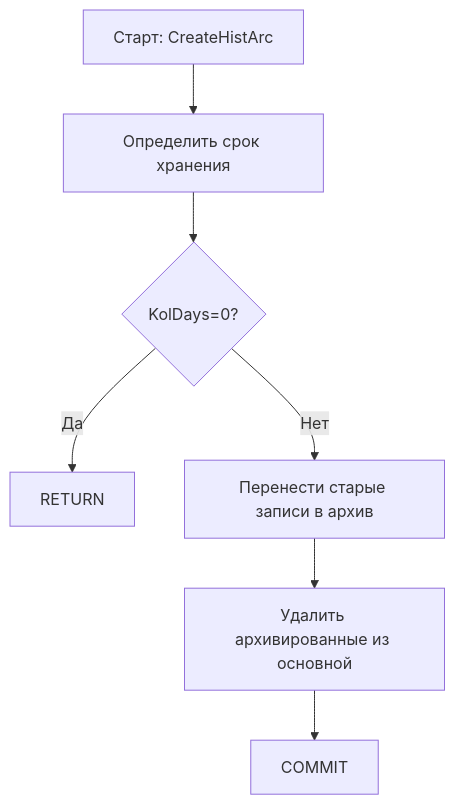
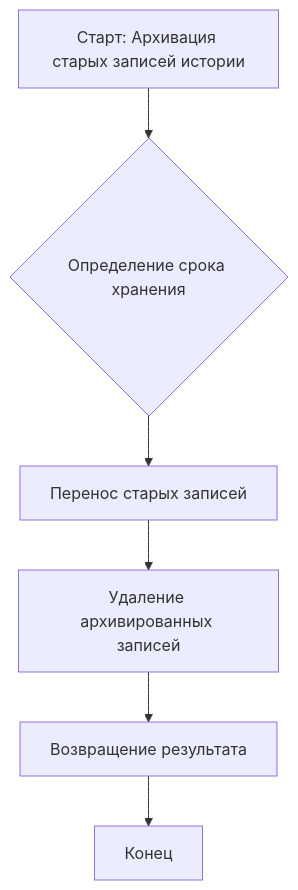
Before and after one commit to fivec/topsoft.JAM: diagram 17 of 20 in README.md, drawn with Mermaid. The commit also changed other lines of this file, not shown here.

````diff
--- a/README.md
+++ b/README.md
@@ -461,9 +517,8 @@
 ```mermaid
 flowchart TD
-A[Старт: CreateHistArc] --> B[Определить срок хранения]
-B --> C{KolDays=0?}
-C -- Да --> D[RETURN]
-C -- Нет --> E[Перенести старые записи в архив]
-E --> F[Удалить архивированные из основной]
-F --> G[COMMIT]
+    A[Старт: Архивация старых записей истории] --> B{Определение срока хранения}
+    B --> C[Перенос старых записей]
+    C --> D[Удаление архивированных записей]
+    D --> E[Возвращение результата]
+    E --> F[Конец]
 ```
````
